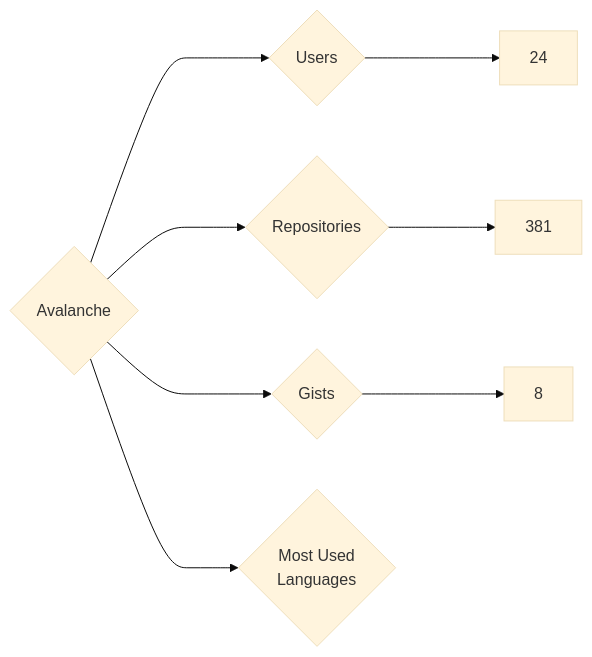
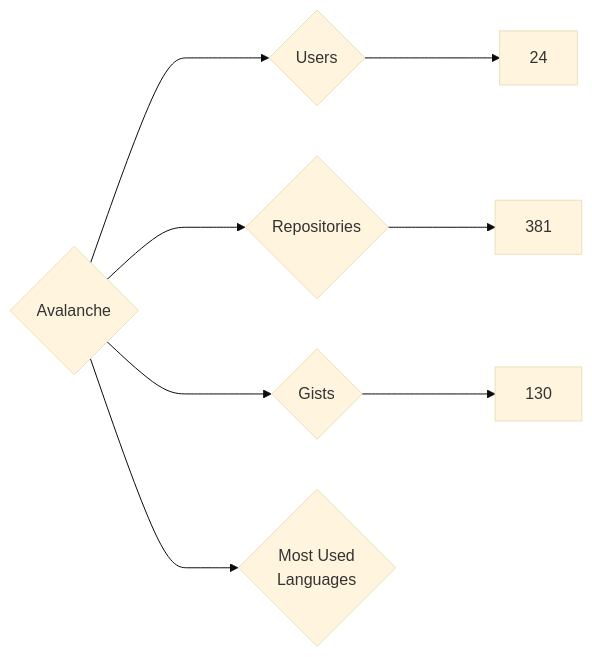
Before and after one commit to nenadzaric/insiders: the diagram in targets/Avalanche/README.md, drawn with Mermaid (base theme). The commit also changed 1342 other files, not shown here.

````diff
--- a/targets/Avalanche/README.md
+++ b/targets/Avalanche/README.md
@@ -3,8 +3,8 @@
 ```mermaid
 graph LR
 COMPANY_NAME{Avalanche}
 COMPANY_NAME ---> U{Users} ---> UN[24]
 COMPANY_NAME ---> R{Repositories} ---> RN[381]
-COMPANY_NAME ---> G{Gists} ---> GN[8]
+COMPANY_NAME ---> G{Gists} ---> GN[130]
 COMPANY_NAME ---> ML{Most Used<br>Languages}
 ```
````
